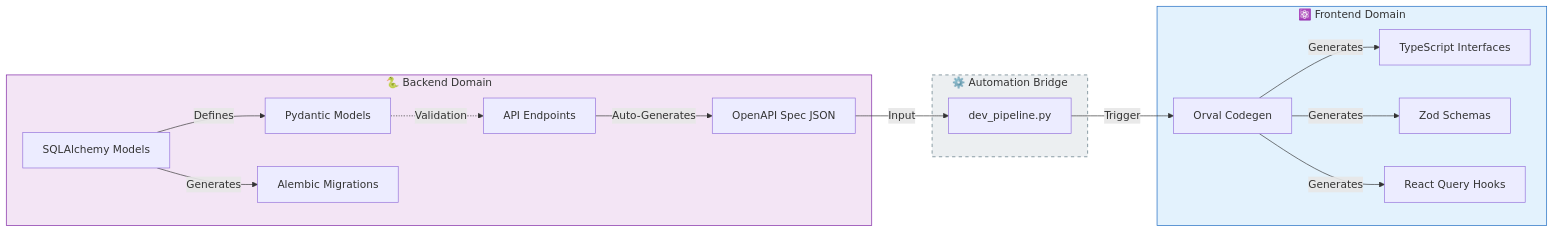
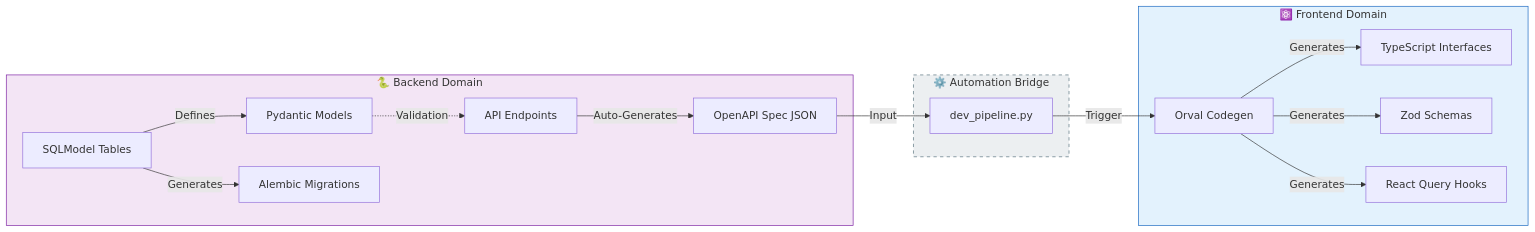
One commit to ancrz/ecommerce-playground changed the second of 2 diagrams in README.md. Above: the diagram before and after it, drawn with Mermaid. The commit also changed other lines of this file and 1 other file, not shown here.

````diff
--- a/README.md
+++ b/README.md
@@ -165,34 +169,34 @@
 ```mermaid
 ---
 config:
   layout: fixed
 ---
 flowchart LR
  subgraph Backend_World["🐍 Backend Domain"]
         PY["Pydantic Models"]
-        SQL["SQLAlchemy Models"]
+        SQL["SQLModel Tables"]
         AL["Alembic Migrations"]
         OAPI["OpenAPI Spec JSON"]
         API_EP["API Endpoints"]
   end
  subgraph Bridge["⚙️ Automation Bridge"]
         PL["dev_pipeline.py"]
   end
  subgraph Frontend_World["⚛️ Frontend Domain"]
         ORVAL["Orval Codegen"]
         TS["TypeScript Interfaces"]
         ZOD["Zod Schemas"]
         HOOKS["React Query Hooks"]
   end
     PY -. Validation .-> API_EP
     SQL -- Defines --> PY
     SQL -- Generates --> AL
     API_EP -- "Auto-Generates" --> OAPI
     ORVAL -- Generates --> TS & ZOD & HOOKS
     OAPI -- Input --> PL
     PL -- Trigger --> ORVAL
 
     style Backend_World fill:#f3e5f5,stroke:#7b1fa2
     style Bridge fill:#eceff1,stroke:#546e7a,stroke-dasharray: 5 5
     style Frontend_World fill:#e3f2fd,stroke:#1565c0
 ```
````
